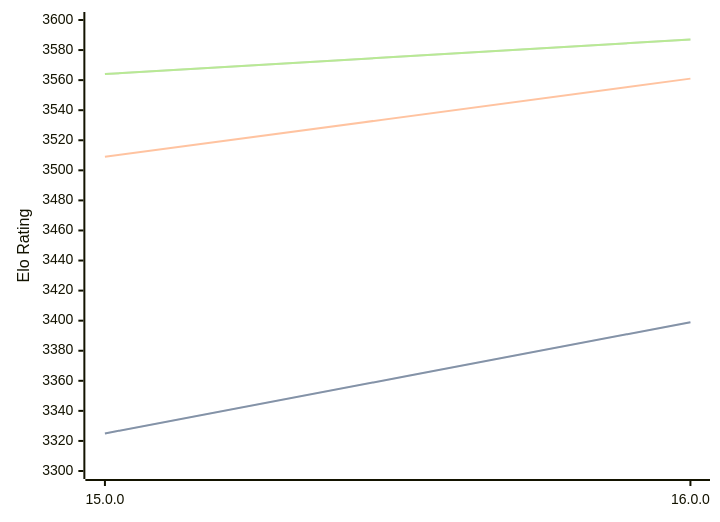
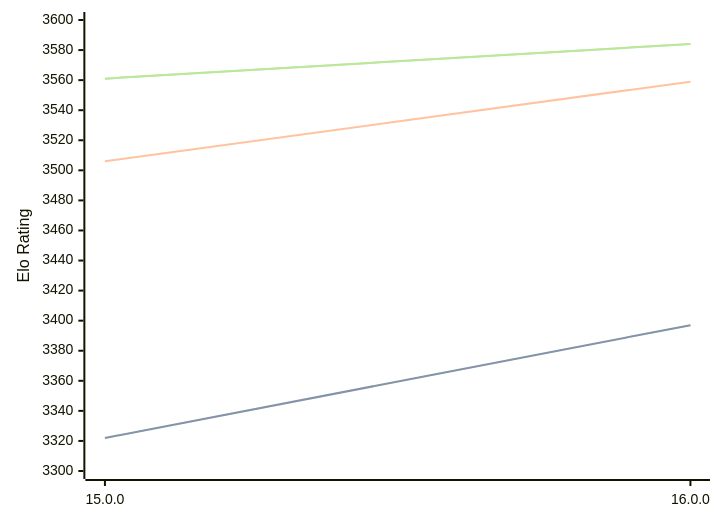
Before and after one commit to computer-chess-index/cci: the diagram in engines/Halogen.md, drawn with Mermaid. The commit also changed other lines of this file, not shown here.

Commit message:
Update CCI Ratings (ELO VLTC) - 2026-04-23

````diff
--- a/engines/Halogen.md
+++ b/engines/Halogen.md
@@ -50,11 +50,11 @@
 ```mermaid
 %%{init: {"theme":"base","themeVariables":{"seriesColors:['#a3a3a3','#222221','#faa371']}}}%%
 xychart-beta
   x-axis ["15.0.0", "16.0.0"]
   y-axis "Elo Rating" 3300 --> 3600
-  line "STC (8.0+0.08s)" [3325, 3399]
-  line "STC (8.0+0.08s)" [3325, 3399]
-  line "LTC (60.0+0.60s)" [3509, 3561]
-  line "VLTC (2m24s+1.12s)" [3564, 3587]
-  line "VLTC (2m24s+1.12s)" [3564, 3587]
+  line "STC (8.0+0.08s)" [3322, 3397]
+  line "STC (8.0+0.08s)" [3322, 3397]
+  line "LTC (60.0+0.60s)" [3506, 3559]
+  line "VLTC (2m24s+1.12s)" [3561, 3584]
+  line "VLTC (2m24s+1.12s)" [3561, 3584]
 ```
````
